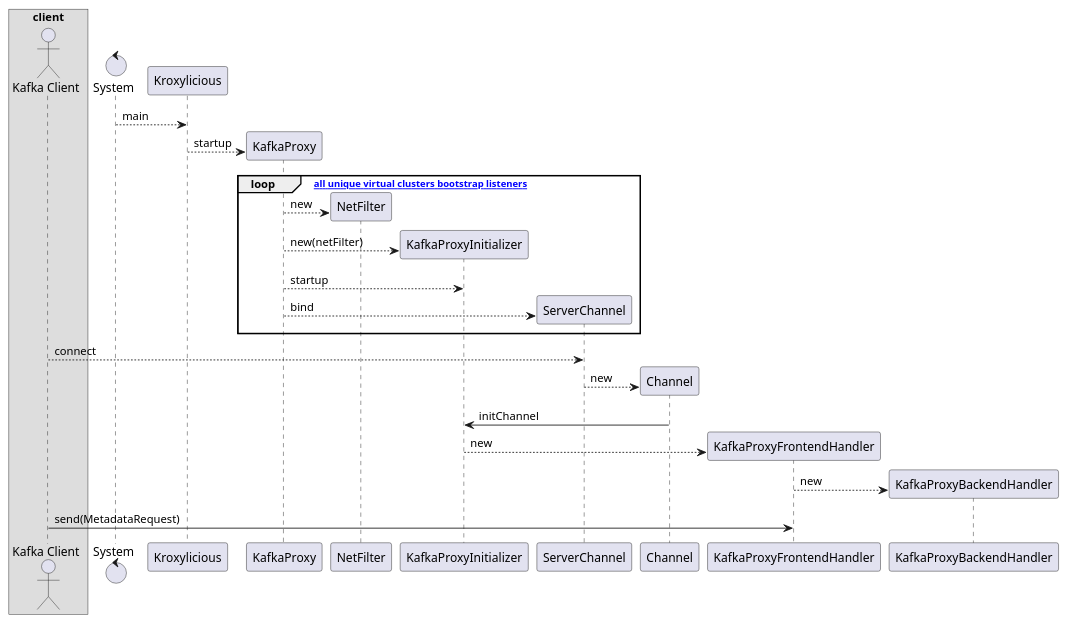
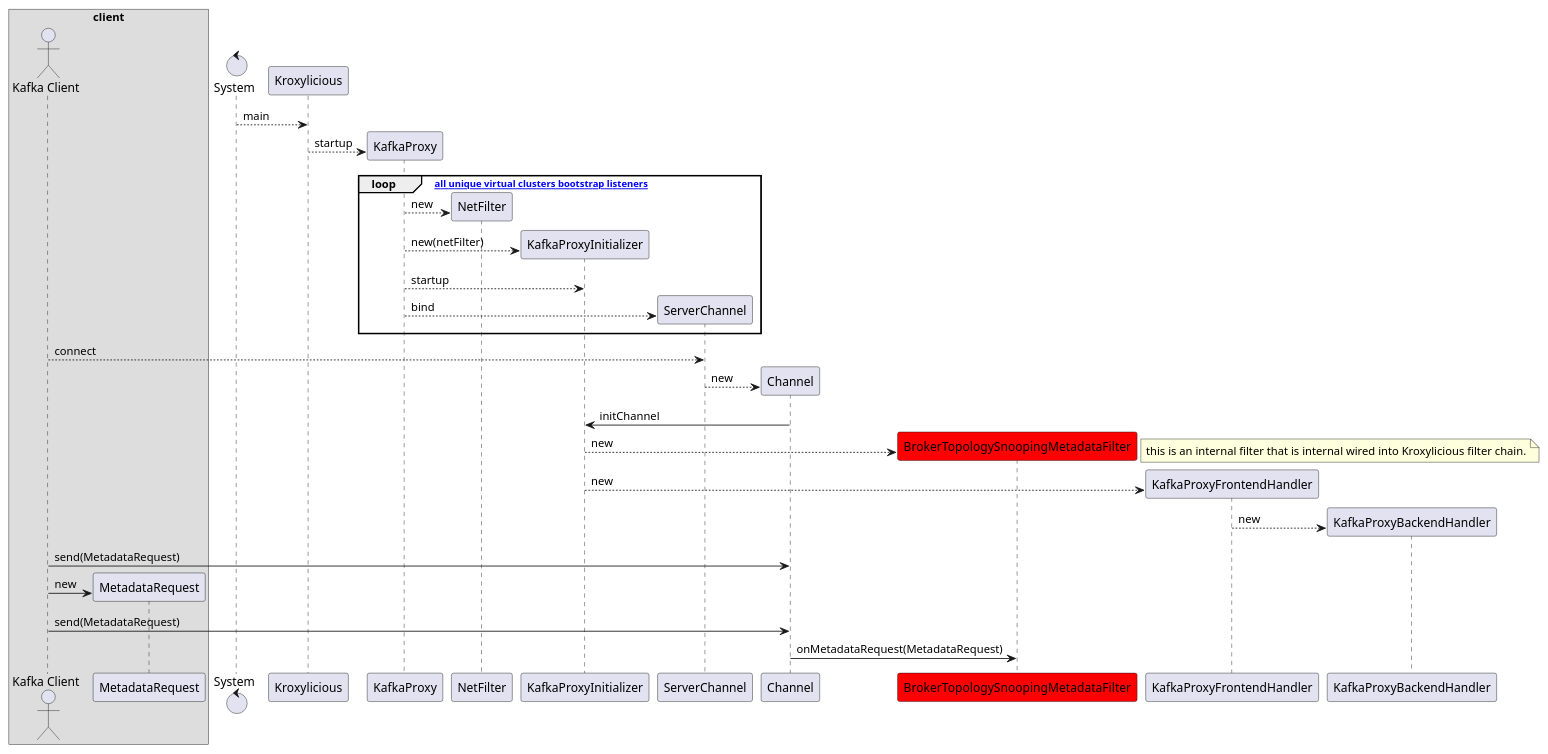
One commit to kroxylicious/design changed the diagram in proposals/001/seq.puml. Above: the diagram before and after it, drawn with PlantUML.

```diff
--- a/proposals/001/seq.puml
+++ b/proposals/001/seq.puml
@@ -1,39 +1,51 @@
 @startuml
 box client
 Actor "Kafka Client"
+Participant MetadataRequest
 end box
 
 Control "System"
 
 System --> Kroxylicious: main
 create KafkaProxy
 Kroxylicious --> KafkaProxy: startup
 
 loop [for all unique virtual clusters bootstrap listeners]
   create NetFilter
   KafkaProxy --> NetFilter: new
 
   create KafkaProxyInitializer
   KafkaProxy --> KafkaProxyInitializer: new(netFilter)
   KafkaProxy --> KafkaProxyInitializer: startup
 
   create ServerChannel
   KafkaProxy --> ServerChannel: bind
 end
 
 
 "Kafka Client" --> ServerChannel: connect
 create Channel
 ServerChannel --> Channel: new
 Channel -> KafkaProxyInitializer: initChannel
 
+Participant BrokerTopologySnoopingMetadataFilter #red
+create BrokerTopologySnoopingMetadataFilter 
+KafkaProxyInitializer --> BrokerTopologySnoopingMetadataFilter: new 
+note right
+  this is an internal filter that is internal wired into Kroxylicious filter chain.
+end note
+
 create KafkaProxyFrontendHandler
 KafkaProxyInitializer --> KafkaProxyFrontendHandler: new
 
 create KafkaProxyBackendHandler
 KafkaProxyFrontendHandler --> KafkaProxyBackendHandler: new
 
-"Kafka Client" -> KafkaProxyFrontendHandler: send(MetadataRequest)
+"Kafka Client" -> Channel: send(MetadataRequest)
+create MetadataRequest
+"Kafka Client" -> MetadataRequest: new
+"Kafka Client" -> Channel: send(MetadataRequest)
+Channel -> BrokerTopologySnoopingMetadataFilter:onMetadataRequest(MetadataRequest)
 
 
 @enduml
```
